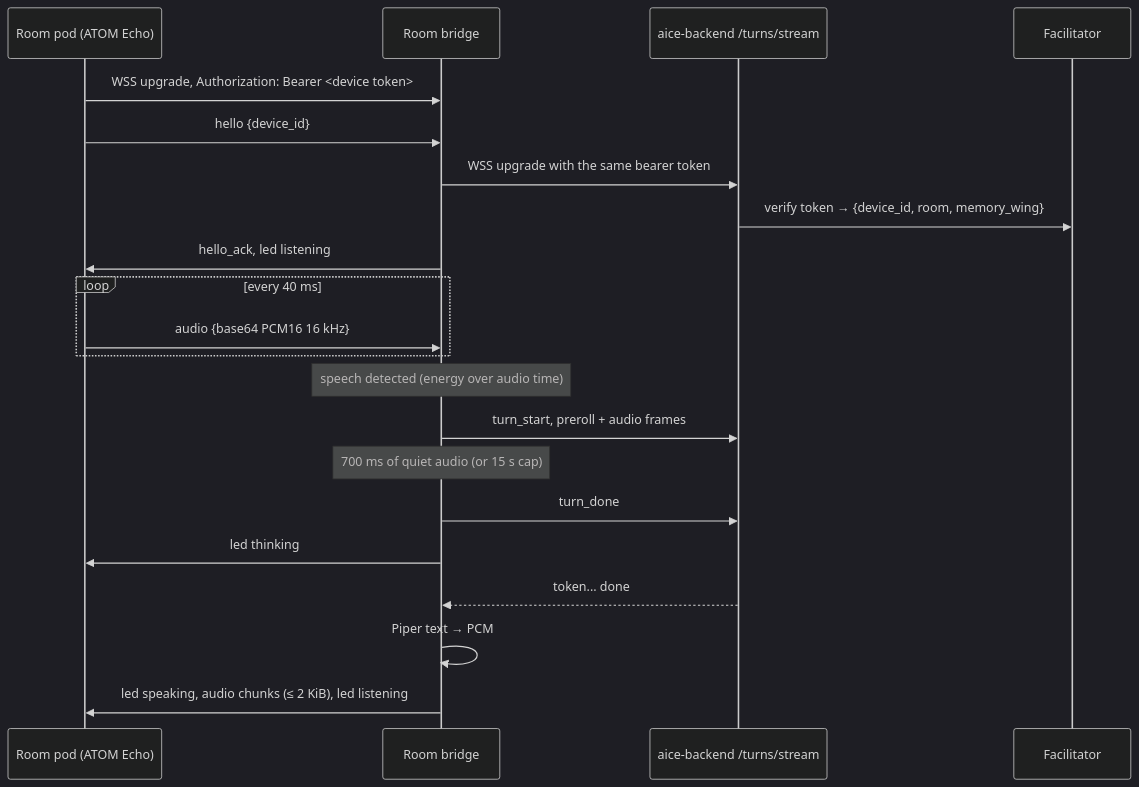
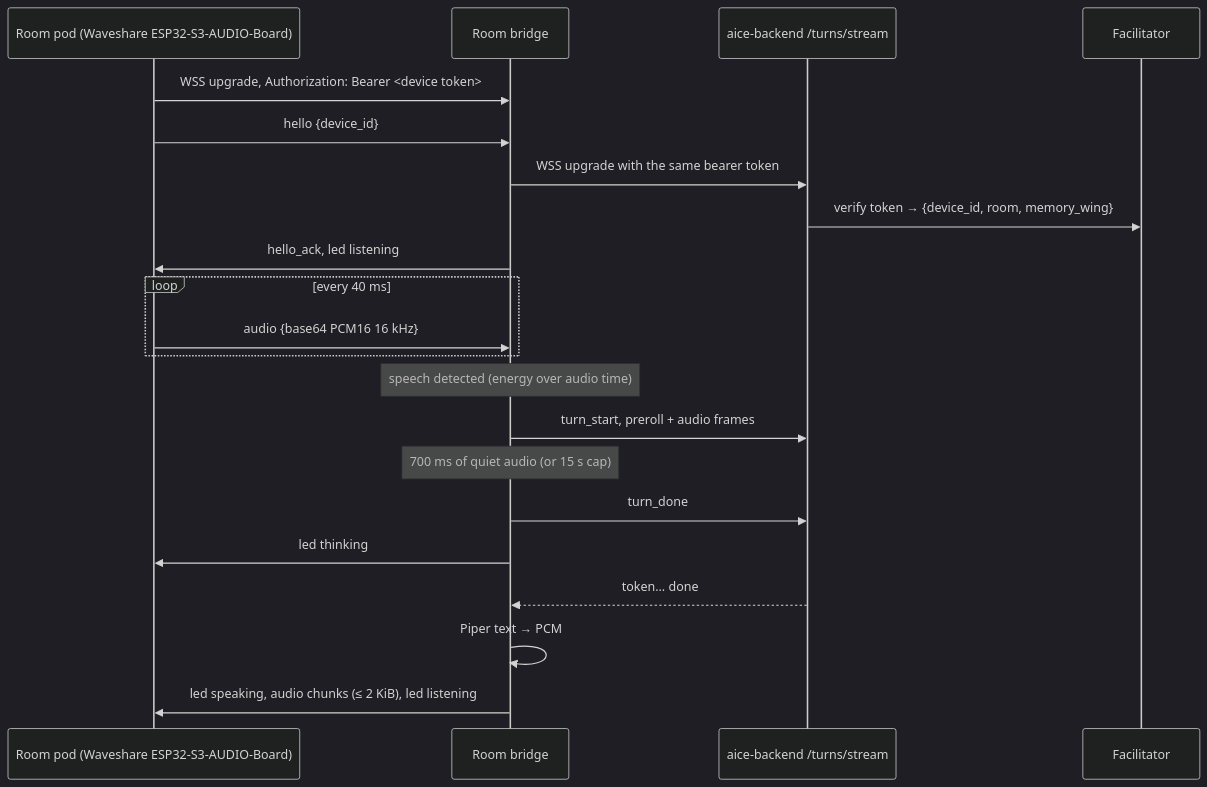
Before and after one commit to AncientiCe/aice: the fourth of 25 diagrams in docs/architecture/README.md, drawn with Mermaid (dark theme). The commit also changed other lines of this file and 36 other files, not shown here.

First line of the commit message:
Run room pods on the Waveshare ESP32-S3-AUDIO-Board and drop the ATOM Echo.

````diff
--- a/docs/architecture/README.md
+++ b/docs/architecture/README.md
@@ -82,24 +82,24 @@
 ```mermaid
 sequenceDiagram
-    participant Pod as Room pod (ATOM Echo)
+    participant Pod as Room pod (Waveshare ESP32-S3-AUDIO-Board)
     participant Bridge as Room bridge
     participant Backend as aice-backend /turns/stream
     participant Fac as Facilitator
 
     Pod->>Bridge: WSS upgrade, Authorization: Bearer <device token>
     Pod->>Bridge: hello {device_id}
     Bridge->>Backend: WSS upgrade with the same bearer token
     Backend->>Fac: verify token → {device_id, room, memory_wing}
     Bridge->>Pod: hello_ack, led listening
     loop every 40 ms
         Pod->>Bridge: audio {base64 PCM16 16 kHz}
     end
     Note over Bridge: speech detected (energy over audio time)
     Bridge->>Backend: turn_start, preroll + audio frames
     Note over Bridge: 700 ms of quiet audio (or 15 s cap)
     Bridge->>Backend: turn_done
     Bridge->>Pod: led thinking
     Backend-->>Bridge: token... done
     Bridge->>Bridge: Piper text → PCM
     Bridge->>Pod: led speaking, audio chunks (≤ 2 KiB), led listening
 ```
````
